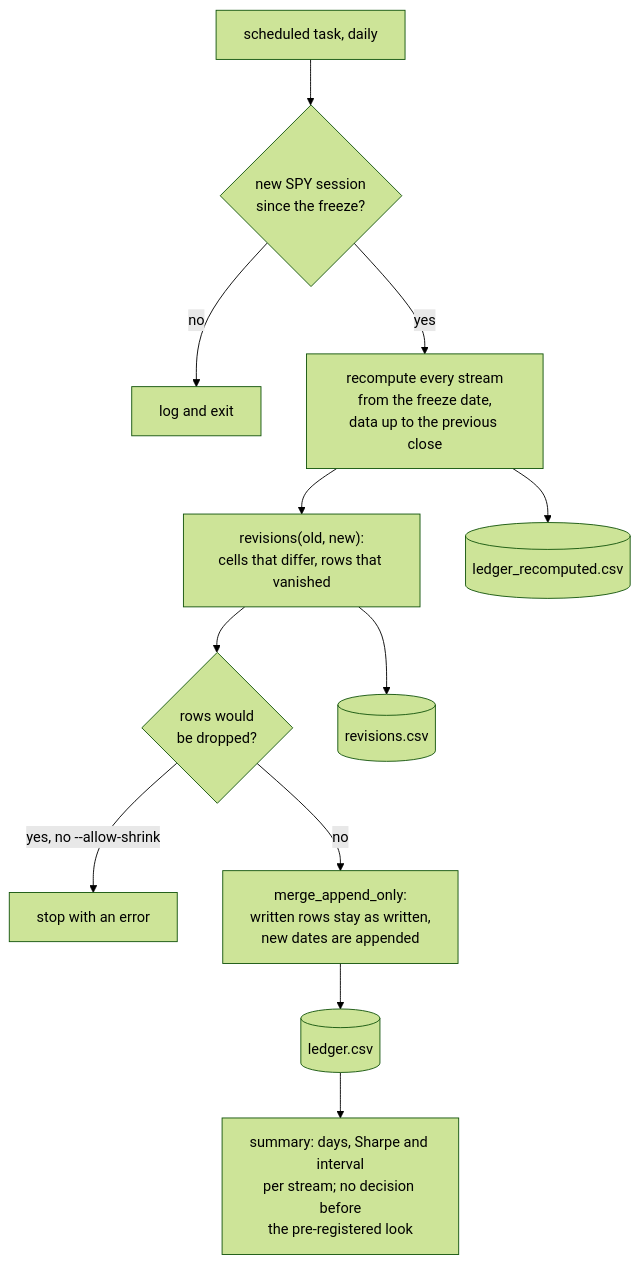
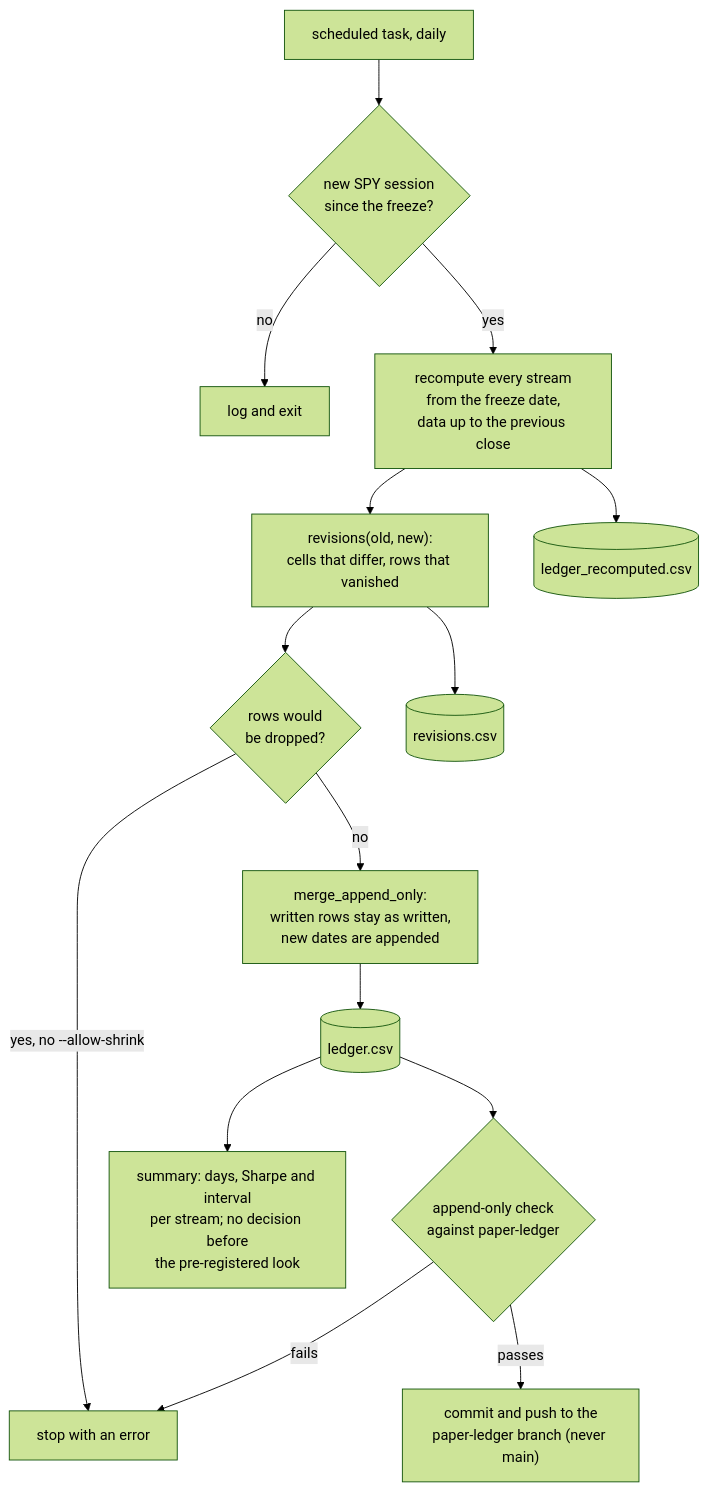
Before and after one commit to AshJha0/agentic-trader: diagram 34 of 45 in docs/DIAGRAMS.md, drawn with Mermaid (forest theme). The commit also changed other lines of this file and 2 other files, not shown here.

Commit message:
Docs: release status on README and Pages, paper diagram and links follow the paper-ledger branch

````diff
--- a/docs/DIAGRAMS.md
+++ b/docs/DIAGRAMS.md
@@ -943,14 +943,17 @@
 ```mermaid
 flowchart TB
     SCH["scheduled task, daily"] --> CAL{"new SPY session<br/>since the freeze?"}
     CAL -->|"no"| STOP["log and exit"]
     CAL -->|"yes"| REC["recompute every stream<br/>from the freeze date,<br/>data up to the previous close"]
     REC --> REV["revisions(old, new):<br/>cells that differ, rows that vanished"]
     REV --> SHR{"rows would<br/>be dropped?"}
     SHR -->|"yes, no --allow-shrink"| ERR["stop with an error"]
     SHR -->|"no"| MRG["merge_append_only:<br/>written rows stay as written,<br/>new dates are appended"]
     MRG --> L[("ledger.csv")]
     REV --> RV[("revisions.csv")]
     REC --> RC[("ledger_recomputed.csv")]
     L --> SUM["summary: days, Sharpe and interval<br/>per stream; no decision before<br/>the pre-registered look"]
+    L --> CHK{"append-only check<br/>against paper-ledger"}
+    CHK -->|"fails"| ERR
+    CHK -->|"passes"| PUB["commit and push to the<br/>paper-ledger branch (never main)"]
 ```
````
